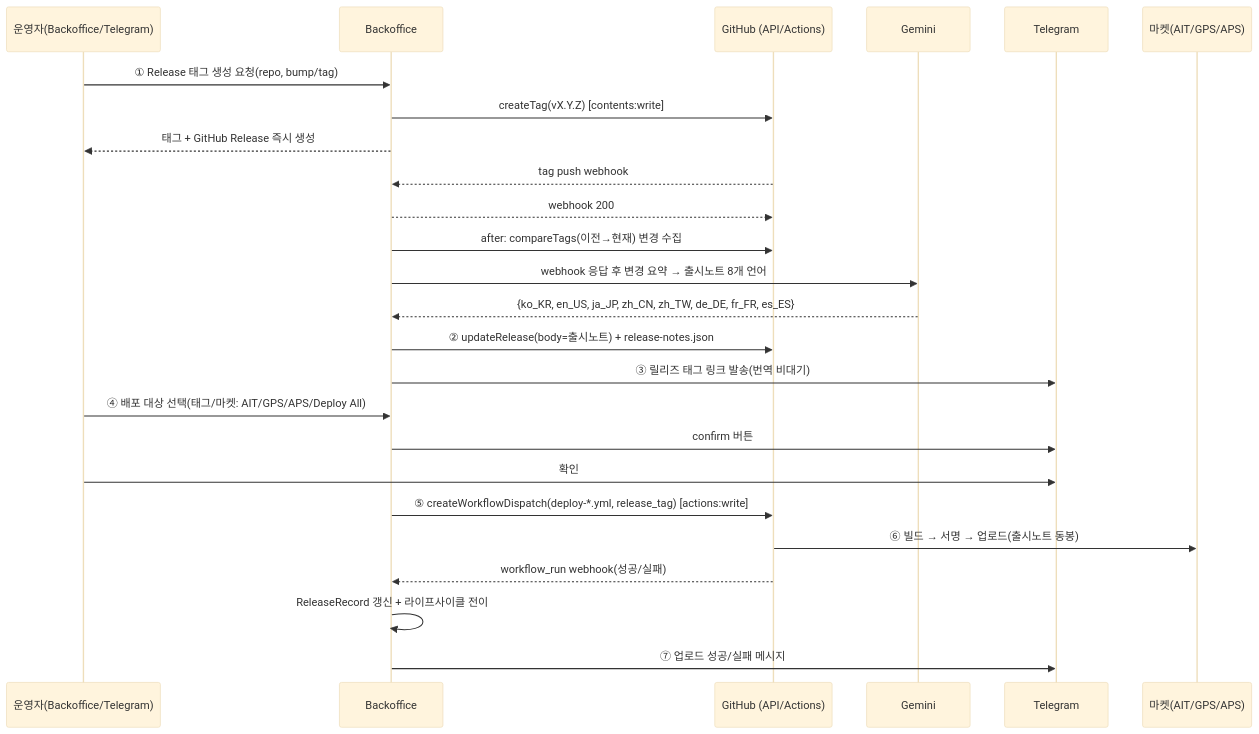
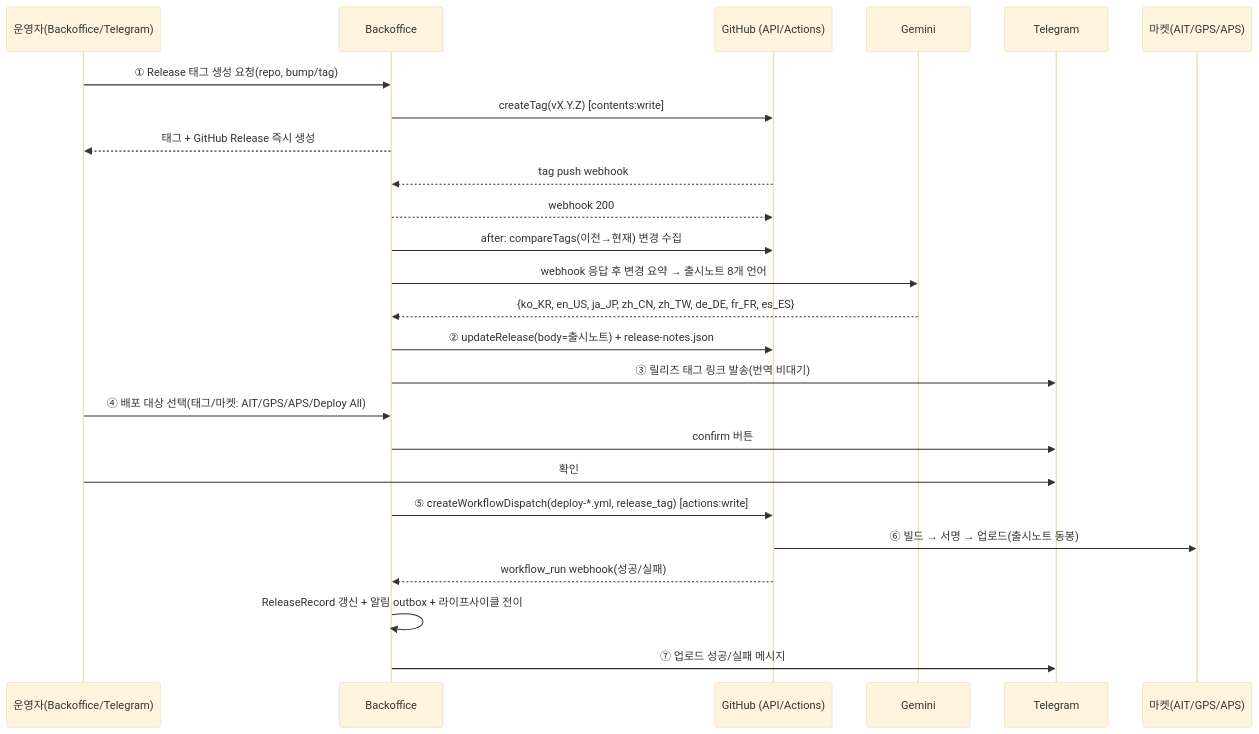
The second of 3 diagrams in docs/ci-cd/org-cicd-release-system.md (seorilabs/seorilabs-backoffice), drawn with Mermaid (base theme) before and after one commit. The commit also changed other lines of this file and 27 other files, not shown here.

````diff
--- a/docs/ci-cd/org-cicd-release-system.md
+++ b/docs/ci-cd/org-cicd-release-system.md
@@ -209,28 +209,28 @@
 ```mermaid
 sequenceDiagram
     participant U as 운영자(Backoffice/Telegram)
     participant BO as Backoffice
     participant GH as GitHub (API/Actions)
     participant AI as Gemini
     participant TG as Telegram
     participant MK as 마켓(AIT/GPS/APS)
 
     U->>BO: ① Release 태그 생성 요청(repo, bump/tag)
     BO->>GH: createTag(vX.Y.Z) [contents:write]
     BO-->>U: 태그 + GitHub Release 즉시 생성
     GH-->>BO: tag push webhook
     BO-->>GH: webhook 200
     BO->>GH: after: compareTags(이전→현재) 변경 수집
     BO->>AI: webhook 응답 후 변경 요약 → 출시노트 8개 언어
     AI-->>BO: {ko_KR, en_US, ja_JP, zh_CN, zh_TW, de_DE, fr_FR, es_ES}
     BO->>GH: ② updateRelease(body=출시노트) + release-notes.json
     BO->>TG: ③ 릴리즈 태그 링크 발송(번역 비대기)
     U->>BO: ④ 배포 대상 선택(태그/마켓: AIT/GPS/APS/Deploy All)
     BO->>TG: confirm 버튼
     U->>TG: 확인
     BO->>GH: ⑤ createWorkflowDispatch(deploy-*.yml, release_tag) [actions:write]
     GH->>MK: ⑥ 빌드 → 서명 → 업로드(출시노트 동봉)
     GH-->>BO: workflow_run webhook(성공/실패)
-    BO->>BO: ReleaseRecord 갱신 + 라이프사이클 전이
+    BO->>BO: ReleaseRecord 갱신 + 알림 outbox + 라이프사이클 전이
     BO->>TG: ⑦ 업로드 성공/실패 메시지
 ```
````
